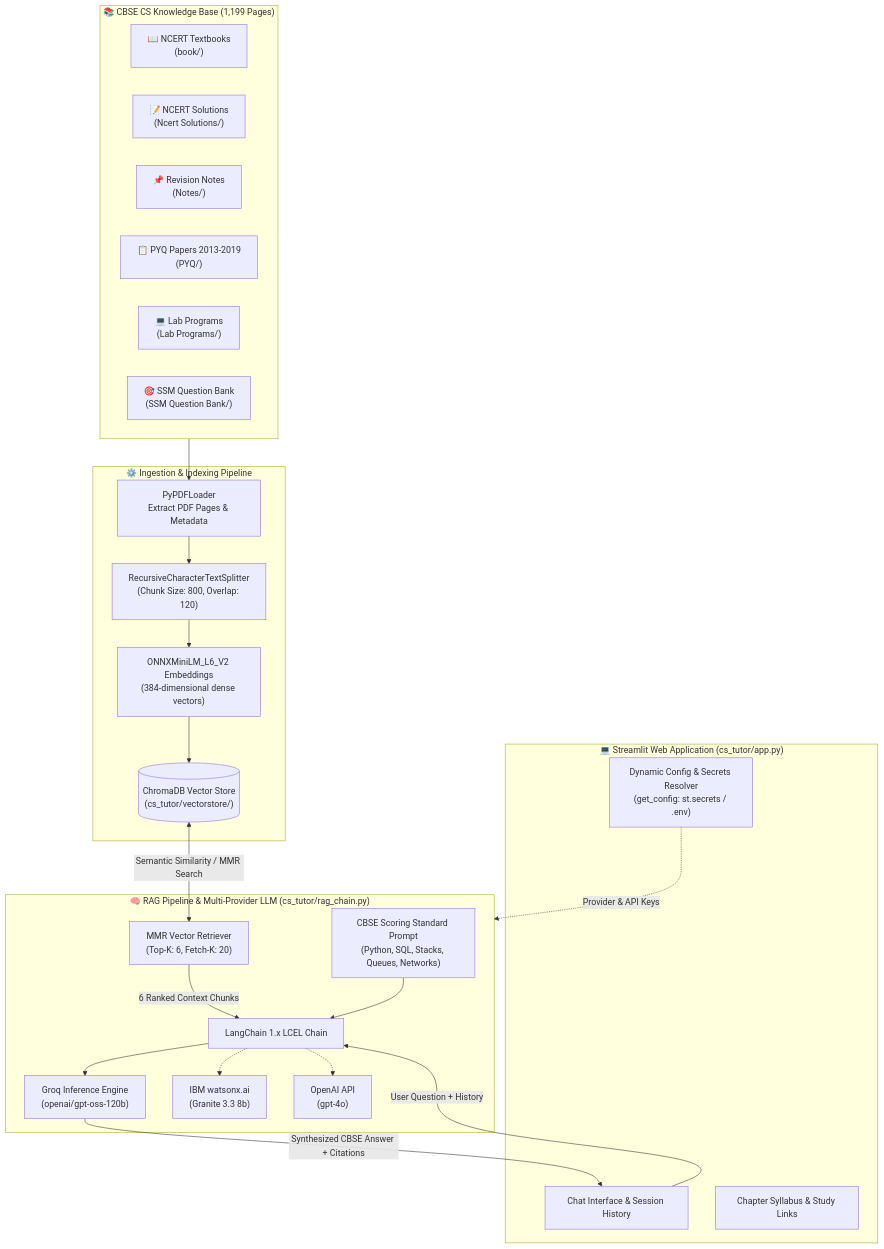
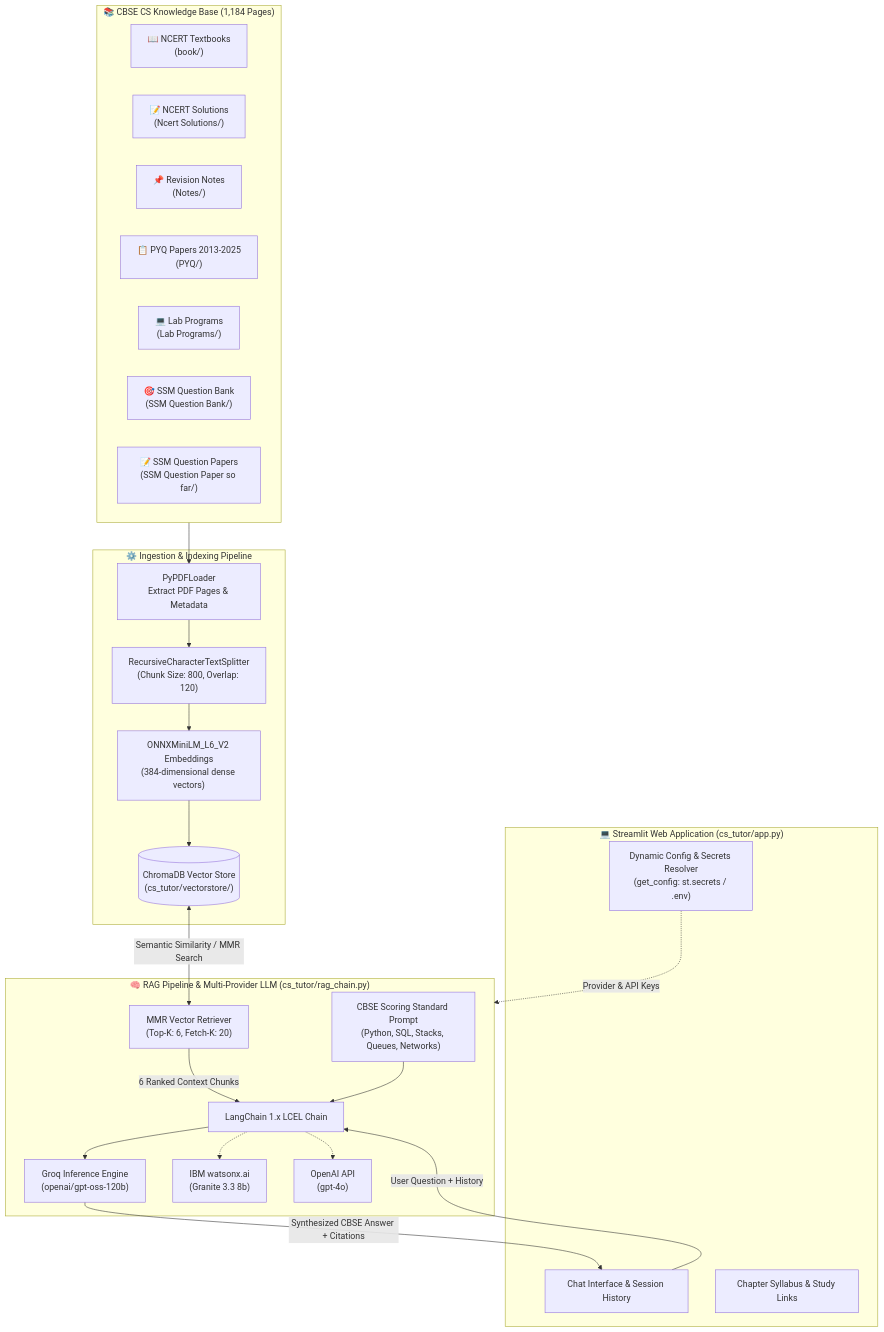
One commit to rajzzh-learn/CS-RAG-Project changed the first of 3 diagrams in ARCHITECTURE.md. Above: the diagram before and after it, drawn with Mermaid. The commit also changed 24 other files, not shown here.

Commit message:
feat: index 2022-2025 PYQs with OCR text layer, add SSM test papers, deduplicate PDFs, and rebuild Chroma vector store

````diff
--- a/ARCHITECTURE.md
+++ b/ARCHITECTURE.md
@@ -14,50 +14,51 @@
 ```mermaid
 flowchart TB
-    subgraph DataSources["📚 CBSE CS Knowledge Base (1,199 Pages)"]
+    subgraph DataSources["📚 CBSE CS Knowledge Base (1,184 Pages)"]
         TB["📖 NCERT Textbooks\n(book/)"]
         SOL["📝 NCERT Solutions\n(Ncert Solutions/)"]
         REV["📌 Revision Notes\n(Notes/)"]
-        PYQ["📋 PYQ Papers 2013-2019\n(PYQ/)"]
+        PYQ["📋 PYQ Papers 2013-2025\n(PYQ/)"]
         LAB["💻 Lab Programs\n(Lab Programs/)"]
         SSM["🎯 SSM Question Bank\n(SSM Question Bank/)"]
+        SSMP["📝 SSM Question Papers\n(SSM Question Paper so far/)"]
     end
 
     subgraph IngestionSubsystem["⚙️ Ingestion & Indexing Pipeline"]
         LOADER["PyPDFLoader\nExtract PDF Pages & Metadata"]
         SPLITTER["RecursiveCharacterTextSplitter\n(Chunk Size: 800, Overlap: 120)"]
         EMBED_ONNX["ONNXMiniLM_L6_V2 Embeddings\n(384-dimensional dense vectors)"]
         CHROMA_STORE[("ChromaDB Vector Store\n(cs_tutor/vectorstore/)")]
     end
 
     subgraph RuntimeInterface["💻 Streamlit Web Application (cs_tutor/app.py)"]
         UI_CHAT["Chat Interface & Session History"]
         UI_SIDEBAR["Chapter Syllabus & Study Links"]
         CONFIG_RESOLVER["Dynamic Config & Secrets Resolver\n(get_config: st.secrets / .env)"]
     end
 
     subgraph RAGCore["🧠 RAG Pipeline & Multi-Provider LLM (cs_tutor/rag_chain.py)"]
         RETRIEVER["MMR Vector Retriever\n(Top-K: 6, Fetch-K: 20)"]
         LCEL_CHAIN["LangChain 1.x LCEL Chain"]
         SYSTEM_PROMPT["CBSE Scoring Standard Prompt\n(Python, SQL, Stacks, Queues, Networks)"]
         LLM_GROQ["Groq Inference Engine\n(openai/gpt-oss-120b)"]
         LLM_WATSON["IBM watsonx.ai\n(Granite 3.3 8b)"]
         LLM_OPENAI["OpenAI API\n(gpt-4o)"]
     end
 
     %% Ingestion flow
     DataSources --> LOADER
     LOADER --> SPLITTER
     SPLITTER --> EMBED_ONNX
     EMBED_ONNX --> CHROMA_STORE
 
     %% Runtime flow
     UI_CHAT -->|User Question + History| LCEL_CHAIN
     CONFIG_RESOLVER -.->|Provider & API Keys| RAGCore
     CHROMA_STORE <-->|Semantic Similarity / MMR Search| RETRIEVER
     RETRIEVER -->|6 Ranked Context Chunks| LCEL_CHAIN
     SYSTEM_PROMPT --> LCEL_CHAIN
     LCEL_CHAIN --> LLM_GROQ
     LCEL_CHAIN -.-> LLM_WATSON
     LCEL_CHAIN -.-> LLM_OPENAI
     LLM_GROQ -->|Synthesized CBSE Answer + Citations| UI_CHAT
 ```
````
